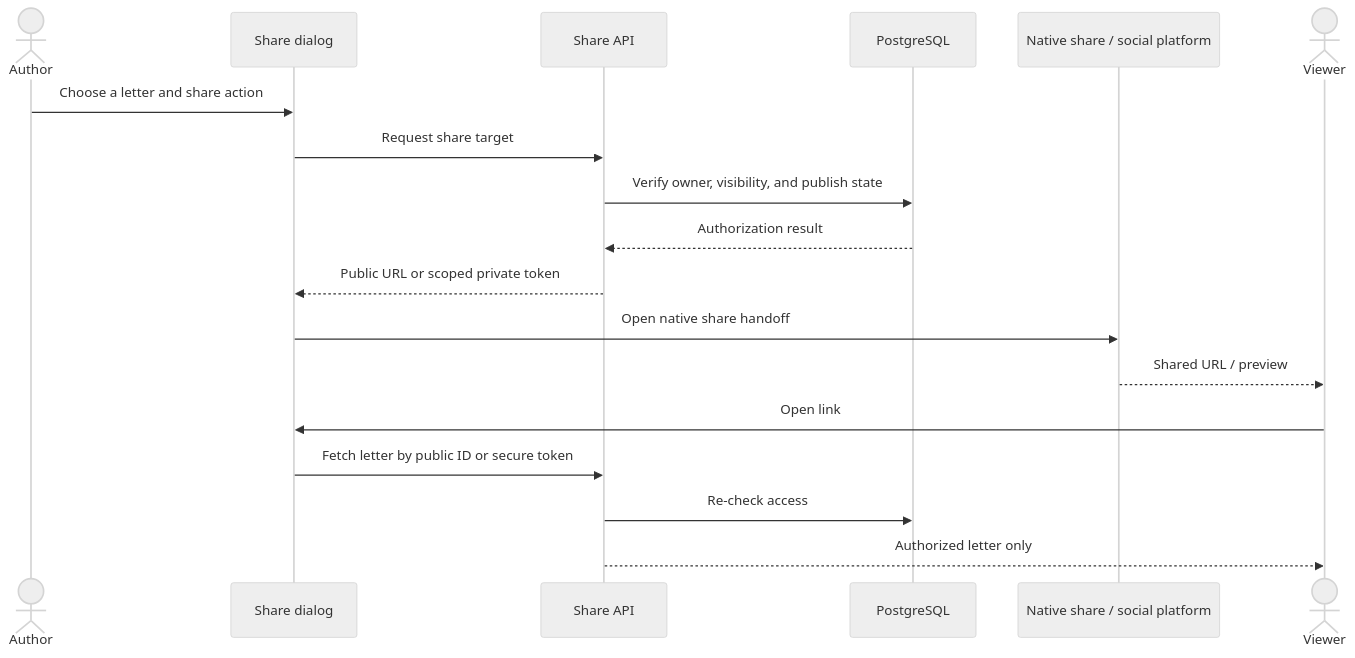
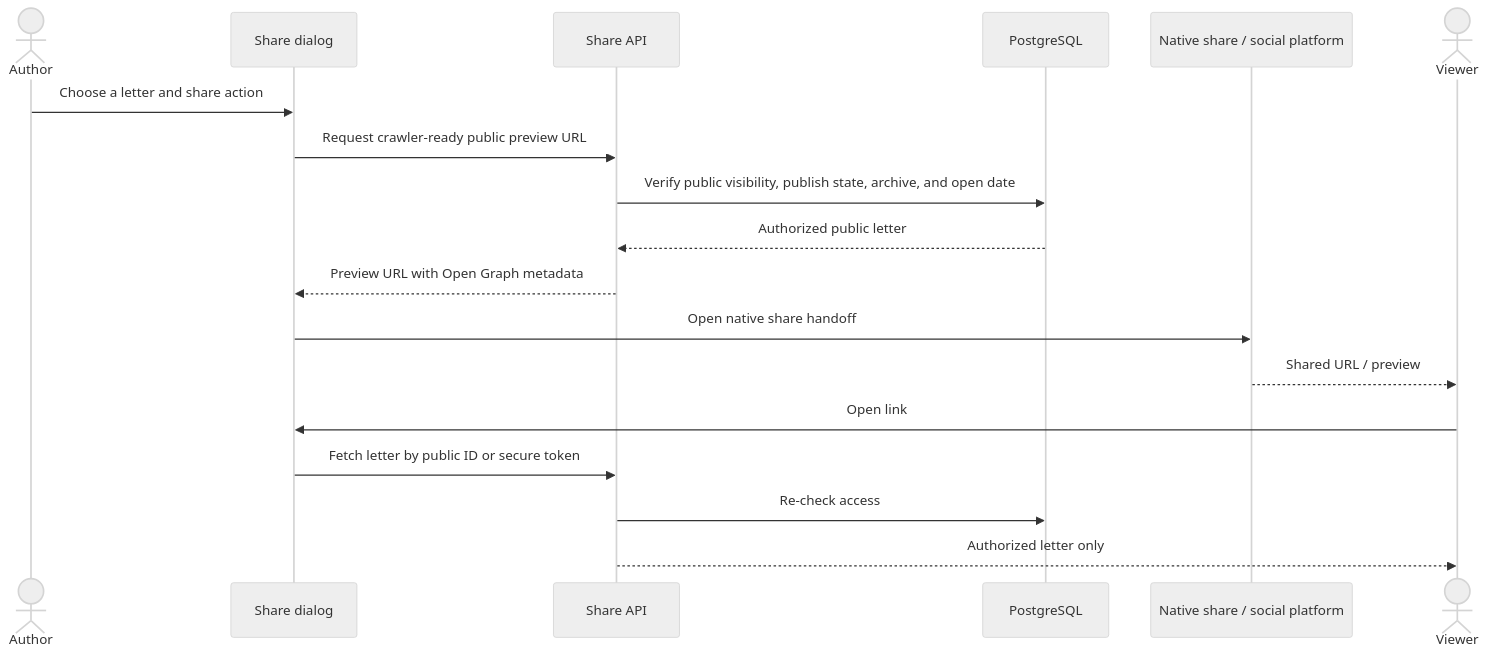
The fourth of 4 diagrams in docs/architecture/sequence-diagrams.md (donnelsimbajon-design/SendtheLetter_System), drawn with Mermaid (neutral theme) before and after one commit.

Commit message:
docs: document crawler-ready public letter previews

````diff
--- a/docs/architecture/sequence-diagrams.md
+++ b/docs/architecture/sequence-diagrams.md
@@ -70,21 +70,21 @@
 ```mermaid
 sequenceDiagram
   actor Author
   participant UI as Share dialog
   participant API as Share API
   participant DB as PostgreSQL
   participant Platform as Native share / social platform
   actor Viewer
 
   Author->>UI: Choose a letter and share action
-  UI->>API: Request share target
-  API->>DB: Verify owner, visibility, and publish state
-  DB-->>API: Authorization result
-  API-->>UI: Public URL or scoped private token
+  UI->>API: Request crawler-ready public preview URL
+  API->>DB: Verify public visibility, publish state, archive, and open date
+  DB-->>API: Authorized public letter
+  API-->>UI: Preview URL with Open Graph metadata
   UI->>Platform: Open native share handoff
   Platform-->>Viewer: Shared URL / preview
   Viewer->>UI: Open link
   UI->>API: Fetch letter by public ID or secure token
   API->>DB: Re-check access
   API-->>Viewer: Authorized letter only
 ```
````
